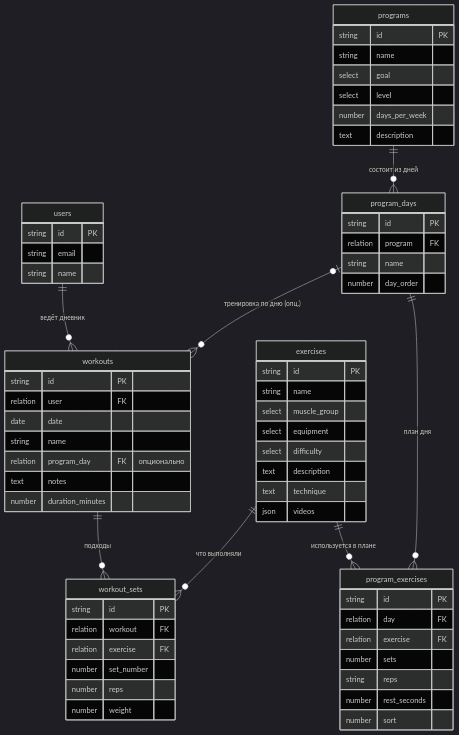
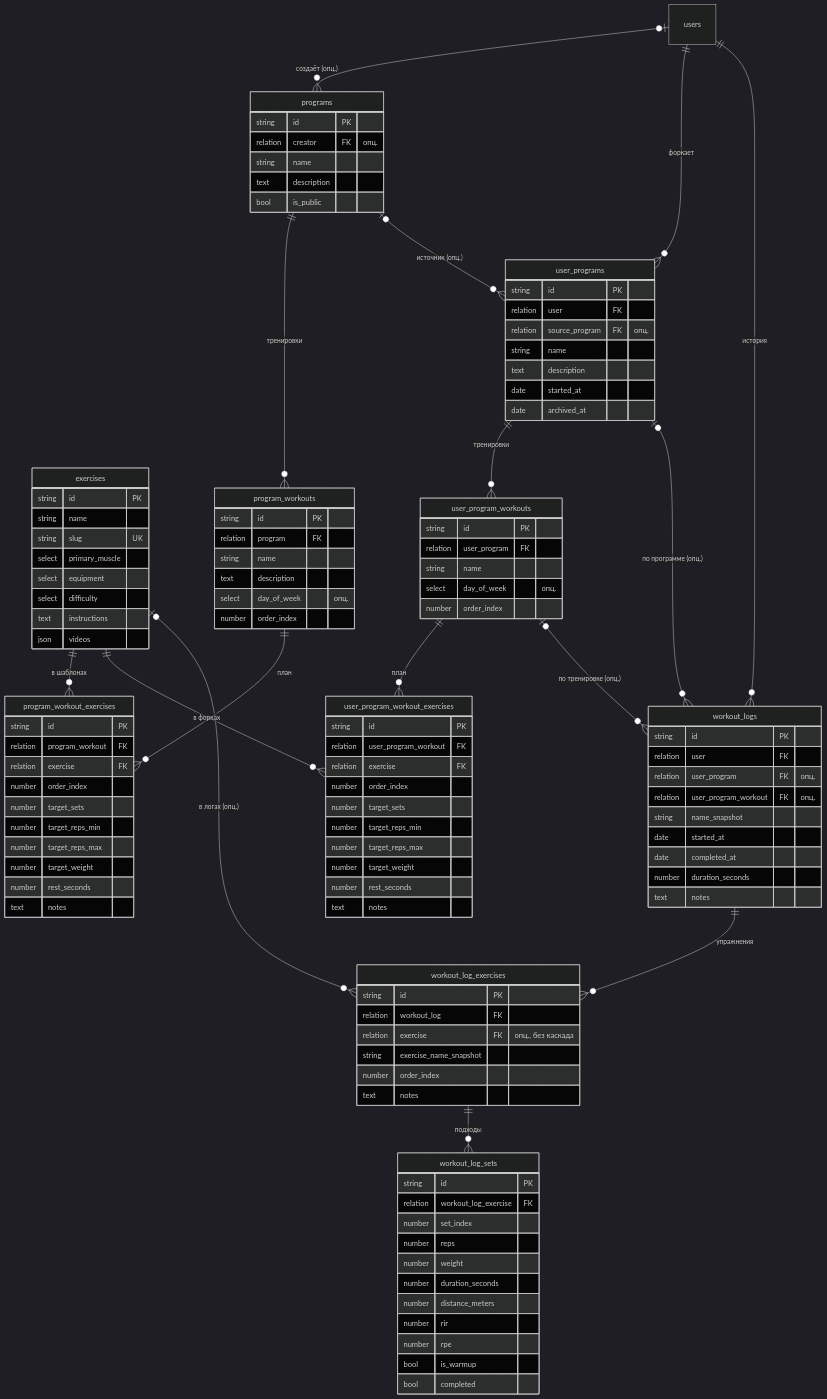
One commit to beer-building/gymmate-backend changed the diagram in SCHEMA.md. Above: the diagram before and after it, drawn with Mermaid (dark theme). The commit also changed other lines of this file and 10 other files, not shown here.

First line of the commit message:
Add v2 schema migrations and update docker-compose

````diff
--- a/SCHEMA.md
+++ b/SCHEMA.md
@@ -9,72 +32,128 @@
 ```mermaid
 erDiagram
-    users ||--o{ workouts : "ведёт дневник"
-    programs ||--o{ program_days : "состоит из дней"
-    program_days ||--o{ program_exercises : "план дня"
-    exercises ||--o{ program_exercises : "используется в плане"
-    program_days |o--o{ workouts : "тренировка по дню (опц.)"
-    workouts ||--o{ workout_sets : "подходы"
-    exercises ||--o{ workout_sets : "что выполняли"
+    exercises ||--o{ program_workout_exercises : "в шаблонах"
+    exercises ||--o{ user_program_workout_exercises : "в форках"
+    exercises |o--o{ workout_log_exercises : "в логах (опц.)"
 
-    users {
-        string id PK
-        string email
-        string name
-    }
+    users |o--o{ programs : "создаёт (опц.)"
+    programs ||--o{ program_workouts : "тренировки"
+    program_workouts ||--o{ program_workout_exercises : "план"
+
+    users ||--o{ user_programs : "форкает"
+    programs |o--o{ user_programs : "источник (опц.)"
+    user_programs ||--o{ user_program_workouts : "тренировки"
+    user_program_workouts ||--o{ user_program_workout_exercises : "план"
+
+    users ||--o{ workout_logs : "история"
+    user_programs |o--o{ workout_logs : "по программе (опц.)"
+    user_program_workouts |o--o{ workout_logs : "по тренировке (опц.)"
+    workout_logs ||--o{ workout_log_exercises : "упражнения"
+    workout_log_exercises ||--o{ workout_log_sets : "подходы"
 
     exercises {
         string id PK
         string name
-        select muscle_group
+        string slug UK
+        select primary_muscle
         select equipment
         select difficulty
-        text description
-        text technique
+        text instructions
         json videos
     }
 
     programs {
         string id PK
+        relation creator FK "опц."
         string name
-        select goal
-        select level
-        number days_per_week
         text description
+        bool is_public
     }
 
-    program_days {
+    program_workouts {
         string id PK
         relation program FK
         string name
-        number day_order
+        text description
+        select day_of_week "опц."
+        number order_index
     }
 
-    program_exercises {
+    program_workout_exercises {
         string id PK
-        relation day FK
+        relation program_workout FK
         relation exercise FK
-        number sets
-        string reps
+        number order_index
+        number target_sets
+        number target_reps_min
+        number target_reps_max
+        number target_weight
         number rest_seconds
-        number sort
+        text notes
     }
 
-    workouts {
+    user_programs {
         string id PK
         relation user FK
-        date date
+        relation source_program FK "опц."
         string name
-        relation program_day FK "опционально"
-        text notes
-        number duration_minutes
+        text description
+        date started_at
+        date archived_at
     }
 
-    workout_sets {
+    user_program_workouts {
         string id PK
-        relation workout FK
+        relation user_program FK
+        string name
+        select day_of_week "опц."
+        number order_index
+    }
+
+    user_program_workout_exercises {
+        string id PK
+        relation user_program_workout FK
         relation exercise FK
-        number set_number
+        number order_index
+        number target_sets
+        number target_reps_min
+        number target_reps_max
+        number target_weight
+        number rest_seconds
+        text notes
+    }
+
+    workout_logs {
+        string id PK
+        relation user FK
+        relation user_program FK "опц."
+        relation user_program_workout FK "опц."
+        string name_snapshot
+        date started_at
+        date completed_at
+        number duration_seconds
+        text notes
+    }
+
+    workout_log_exercises {
+        string id PK
+        relation workout_log FK
+        relation exercise FK "опц., без каскада"
+        string exercise_name_snapshot
+        number order_index
+        text notes
+    }
+
+    workout_log_sets {
+        string id PK
+        relation workout_log_exercise FK
+        number set_index
         number reps
         number weight
+        number duration_seconds
+        number distance_meters
+        number rir
+        number rpe
+        bool is_warmup
+        bool completed
     }
 ```
````
